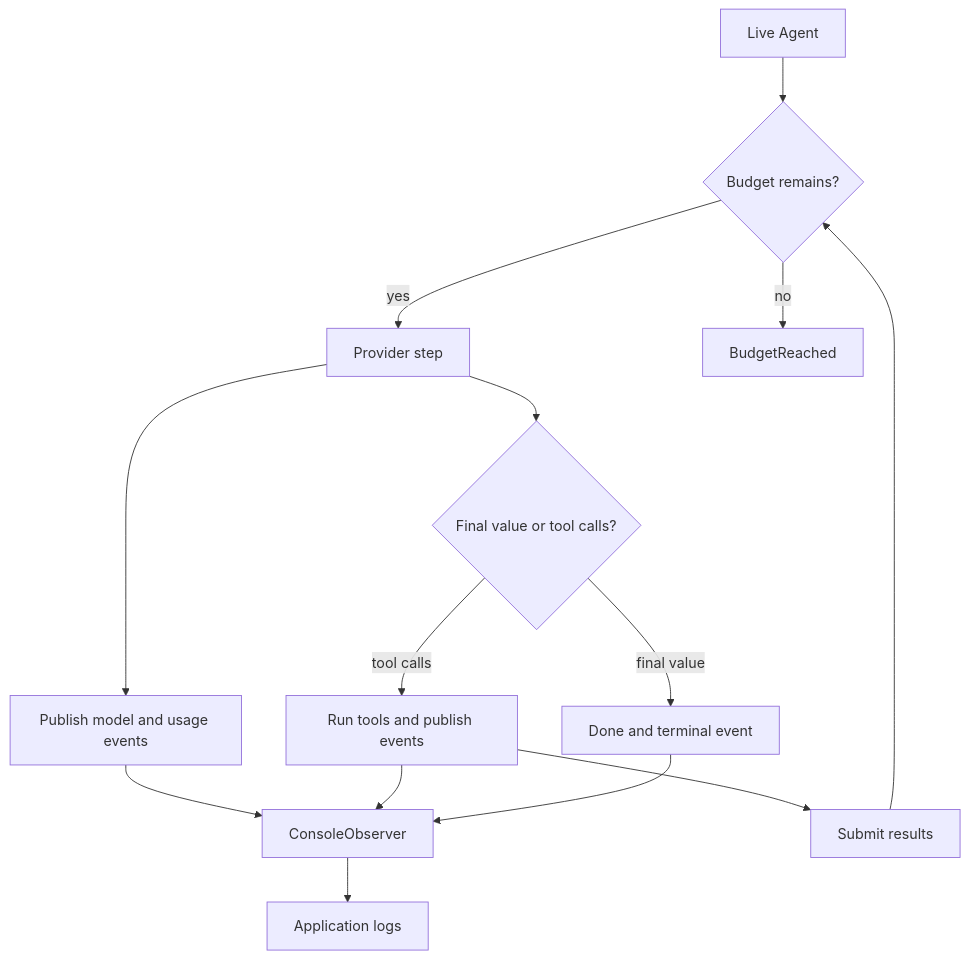
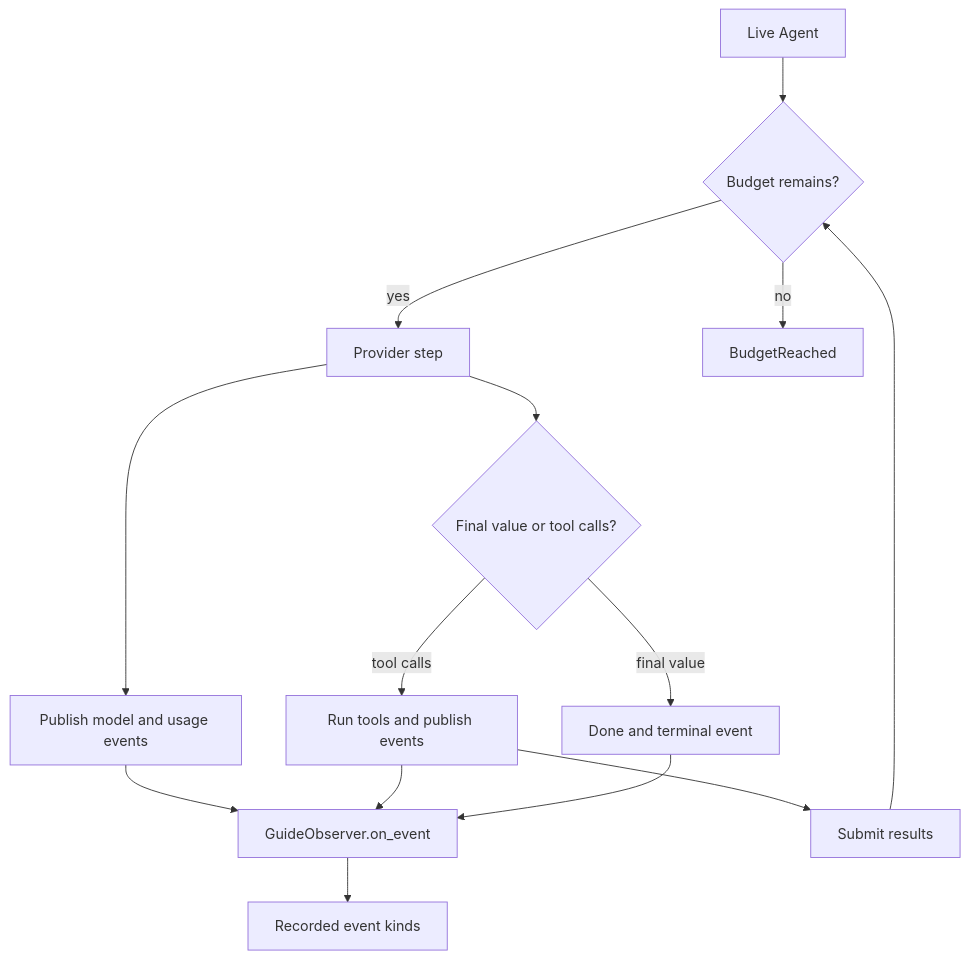
The diagram in baml_language/_plan/bepv4/pages/testing-and-observability.md (BoundaryML/baml), drawn with Mermaid before and after one commit. The commit also changed other lines of this file and 229 other files, not shown here.

````diff
--- a/baml_language/_plan/bepv4/pages/testing-and-observability.md
+++ b/baml_language/_plan/bepv4/pages/testing-and-observability.md
@@ -143,16 +151,16 @@
 ```mermaid
 flowchart TD
   agent["Live Agent"] --> budget{"Budget remains?"}
   budget -->|yes| step["Provider step"]
   step --> events["Publish model and usage events"]
-  events --> observer["ConsoleObserver"]
-  observer --> logs["Application logs"]
+  events --> observer["GuideObserver.on_event"]
+  observer --> logs["Recorded event kinds"]
   step --> result{"Final value or tool calls?"}
   result -->|tool calls| tools["Run tools and publish events"]
   tools --> observer
   tools --> submit["Submit results"]
   submit --> budget
   result -->|final value| done["Done and terminal event"]
   budget -->|no| stopped["BudgetReached"]
   done --> observer
 ```
````
